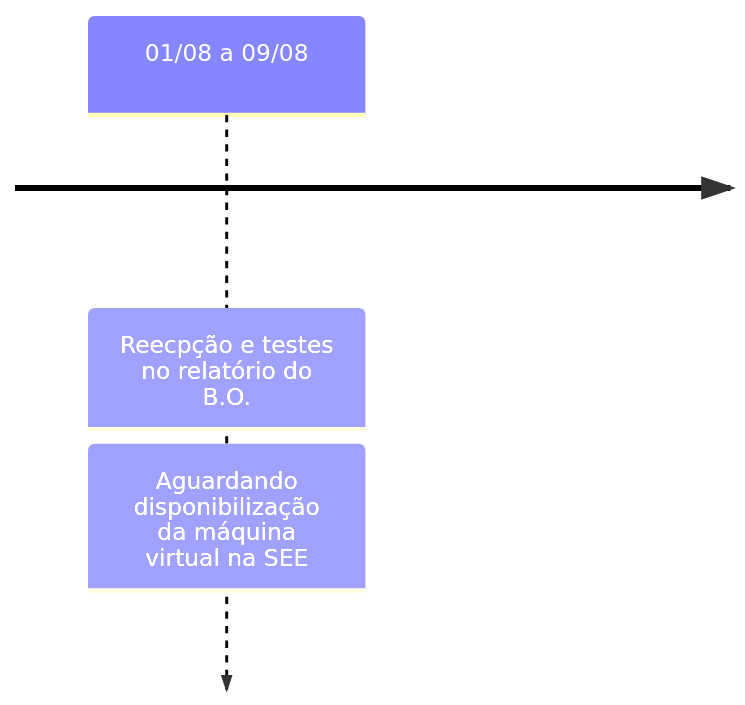
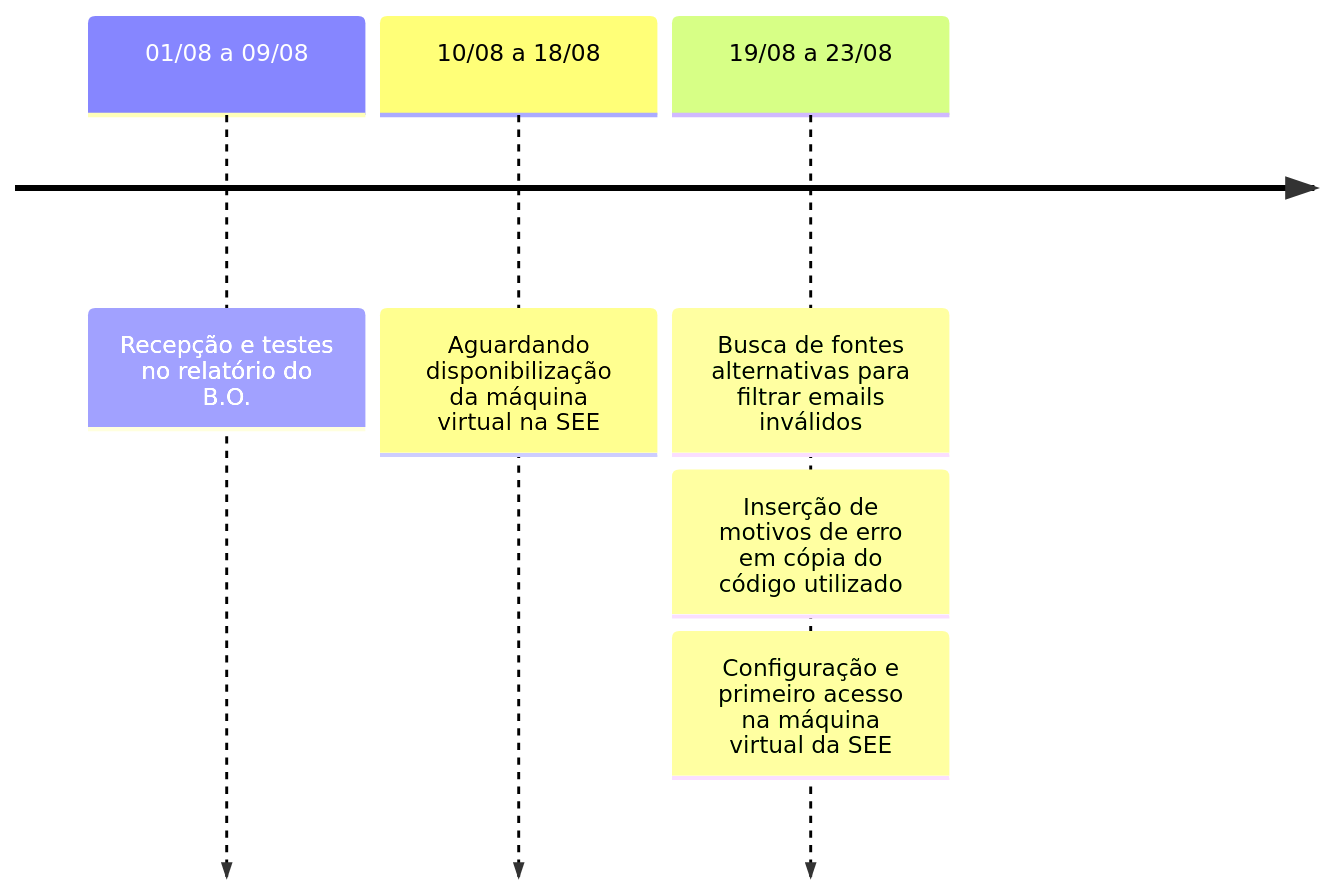
One commit to automatiza-mg/handbook changed the second of 2 diagrams in docs/linha_do_tempo/projeto_see_fgts.md. Above: the diagram before and after it, drawn with Mermaid.

Commit message:
atualiza linha do tempo agosto projeto SEE-FGTS

````diff
--- a/docs/linha_do_tempo/projeto_see_fgts.md
+++ b/docs/linha_do_tempo/projeto_see_fgts.md
@@ -34,5 +34,8 @@
     ```mermaid
     timeline
-        01/08 a 09/08 : Reecpção e testes no relatório do B.O.
-                      : Aguardando disponibilização da máquina virtual na SEE
+        01/08 a 09/08 : Recepção e testes no relatório do B.O.
+        10/08 a 18/08 : Aguardando disponibilização da máquina virtual na SEE
+        19/08 a 23/08 : Busca de fontes alternativas para filtrar emails inválidos
+                      : Inserção de motivos de erro em cópia do código utilizado
+                      : Configuração e primeiro acesso na máquina virtual da SEE              
     ```
````
